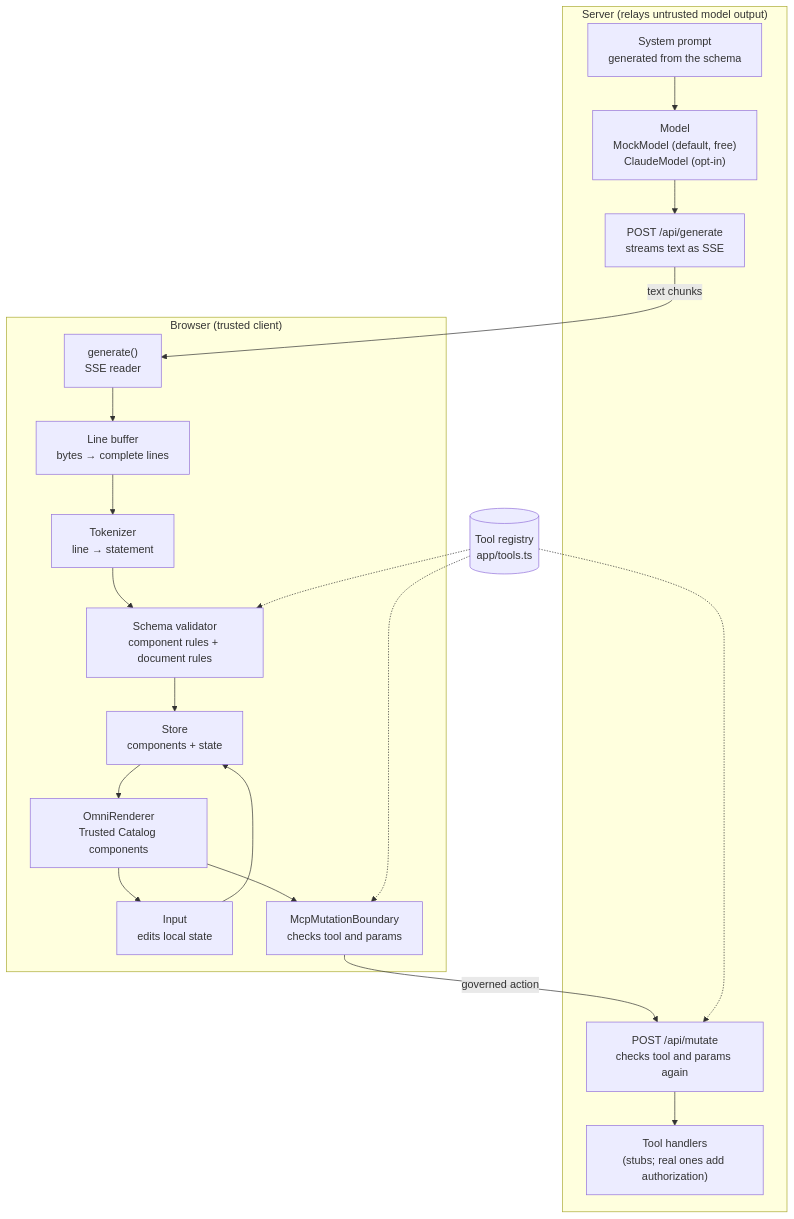
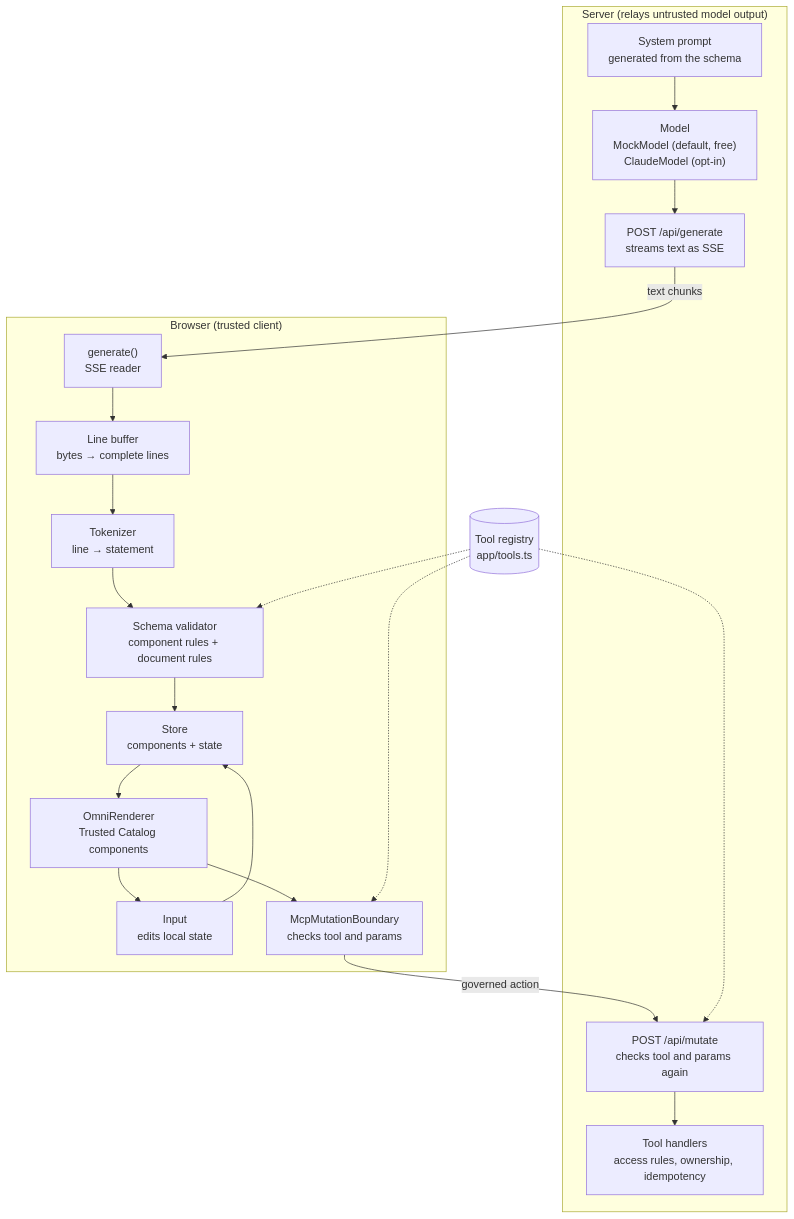
Before and after one commit to jdsouza1/omni-ir: the diagram in docs/ARCHITECTURE.md, drawn with Mermaid. The commit also changed 5 other files, not shown here.

````diff
--- a/docs/ARCHITECTURE.md
+++ b/docs/ARCHITECTURE.md
@@ -5,34 +5,34 @@
 ```mermaid
 flowchart TB
     subgraph server["Server (relays untrusted model output)"]
         prompt["System prompt<br/>generated from the schema"]
         model["Model<br/>MockModel (default, free)<br/>ClaudeModel (opt-in)"]
         generate["POST /api/generate<br/>streams text as SSE"]
         mutate["POST /api/mutate<br/>checks tool and params again"]
-        handlers["Tool handlers<br/>(stubs; real ones add authorization)"]
+        handlers["Tool handlers<br/>access rules, ownership, idempotency"]
         prompt --> model --> generate
         mutate --> handlers
     end
 
     subgraph client["Browser (trusted client)"]
         reader["generate()<br/>SSE reader"]
         buffer["Line buffer<br/>bytes → complete lines"]
         tokenizer["Tokenizer<br/>line → statement"]
         schema["Schema validator<br/>component rules + document rules"]
         store["Store<br/>components + state"]
         renderer["OmniRenderer<br/>Trusted Catalog components"]
         input["Input<br/>edits local state"]
         boundary["McpMutationBoundary<br/>checks tool and params"]
         reader --> buffer --> tokenizer --> schema --> store --> renderer
         renderer --> input --> store
         renderer --> boundary
     end
 
     registry[("Tool registry<br/>app/tools.ts")]
 
     generate -- "text chunks" --> reader
     boundary -- "governed action" --> mutate
     registry -.-> schema
     registry -.-> boundary
     registry -.-> mutate
 ```
````
